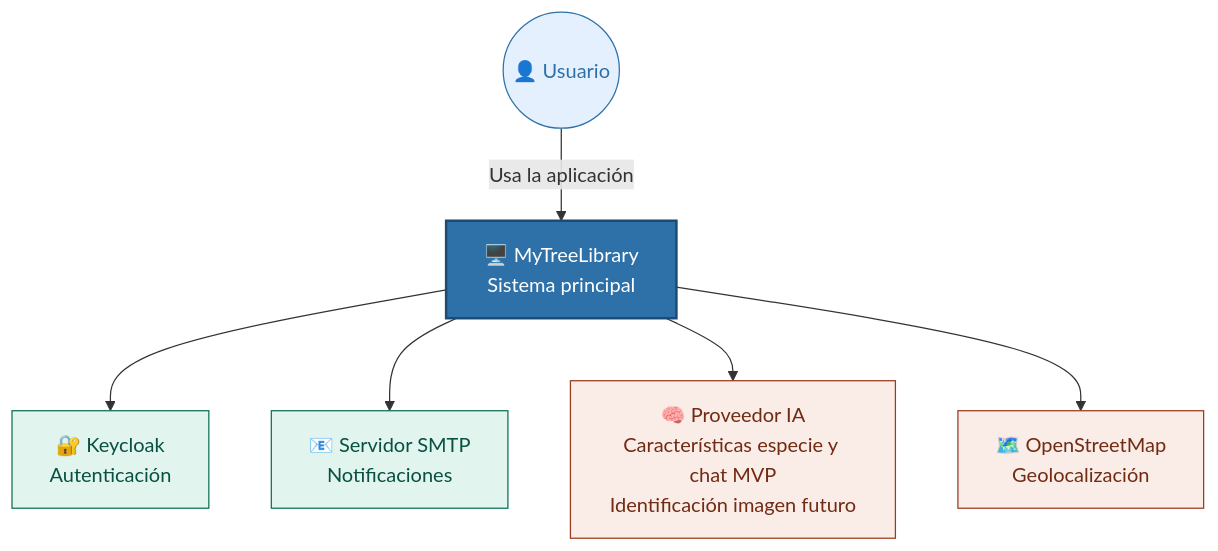
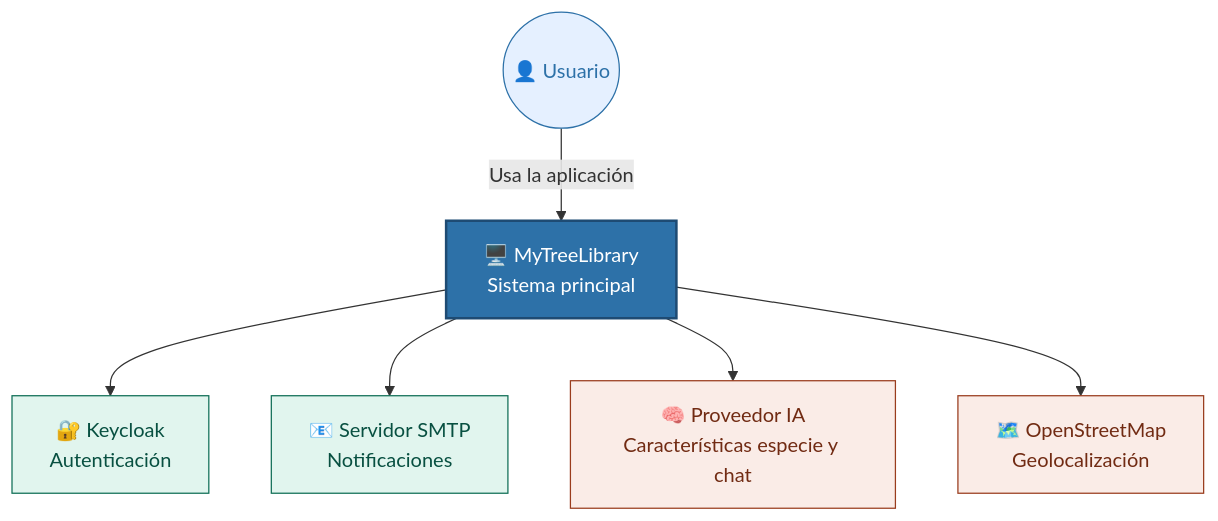
The first of 19 diagrams in readme.md (ldefrutos1/AI4Devs-finalproject), drawn with Mermaid before and after one commit. The commit also changed other lines of this file and 5 other files, not shown here.

````diff
--- a/readme.md
+++ b/readme.md
@@ -87,21 +91,21 @@
 ```mermaid
 flowchart TB
     classDef user fill:#E5F0FF,stroke:#2D71A8,stroke-width:1px,color:#2D71A8;
     classDef system fill:#2D71A8,stroke:#1E4B73,stroke-width:2px,color:#FFF;
     classDef soporte fill:#E1F5EE,stroke:#0F6E56,stroke-width:1px,color:#085041;
     classDef externo fill:#FAECE7,stroke:#993C1D,stroke-width:1px,color:#712B13;
 
     U(("👤 Usuario")):::user
     S["🖥️ MyTreeLibrary<br>Sistema principal"]:::system
 
     KC["🔐 Keycloak<br>Autenticación"]:::soporte
     SMTP["📧 Servidor SMTP<br>Notificaciones"]:::soporte
-    PIA["🧠 Proveedor IA<br>Características especie y chat MVP<br>Identificación imagen futuro"]:::externo
+    PIA["🧠 Proveedor IA<br>Características especie y chat"]:::externo
     MAP["🗺️ OpenStreetMap<br>Geolocalización"]:::externo
 
     U -->|Usa la aplicación| S
     S --> KC
     S --> SMTP
     S --> PIA
     S --> MAP
 ```
````
